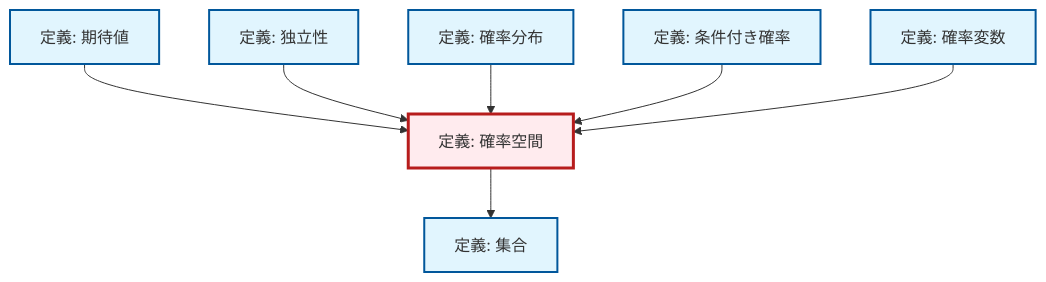
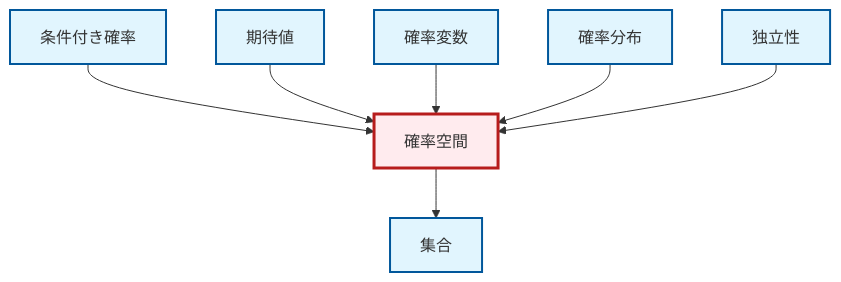
Before and after one commit to RK0429/ModernMath: the diagram in output/mermaid/ja/def-probability-space.mermaid, drawn with Mermaid. The commit also changed 3157 other files, not shown here.

```diff
--- a/output/mermaid/ja/def-probability-space.mermaid
+++ b/output/mermaid/ja/def-probability-space.mermaid
@@ -1,20 +1,20 @@
 graph TD
     classDef definition fill:#e1f5fe,stroke:#01579b,stroke-width:2px
     classDef theorem fill:#f3e5f5,stroke:#4a148c,stroke-width:2px
     classDef axiom fill:#fff3e0,stroke:#e65100,stroke-width:2px
     classDef example fill:#e8f5e9,stroke:#1b5e20,stroke-width:2px
     classDef current fill:#ffebee,stroke:#b71c1c,stroke-width:3px
-    def-set["定義: 集合"]:::definition
-    def-independence["定義: 独立性"]:::definition
-    def-conditional-probability["定義: 条件付き確率"]:::definition
-    def-random-variable["定義: 確率変数"]:::definition
-    def-probability-space["定義: 確率空間"]:::definition
-    def-expectation["定義: 期待値"]:::definition
-    def-probability-distribution["定義: 確率分布"]:::definition
+    def-set["集合"]:::definition
+    def-probability-space["確率空間"]:::definition
+    def-random-variable["確率変数"]:::definition
+    def-probability-distribution["確率分布"]:::definition
+    def-conditional-probability["条件付き確率"]:::definition
+    def-expectation["期待値"]:::definition
+    def-independence["独立性"]:::definition
+    def-conditional-probability --> def-probability-space
     def-expectation --> def-probability-space
+    def-random-variable --> def-probability-space
+    def-probability-space --> def-set
+    def-probability-distribution --> def-probability-space
     def-independence --> def-probability-space
-    def-probability-distribution --> def-probability-space
-    def-conditional-probability --> def-probability-space
-    def-probability-space --> def-set
-    def-random-variable --> def-probability-space
     class def-probability-space current
```
